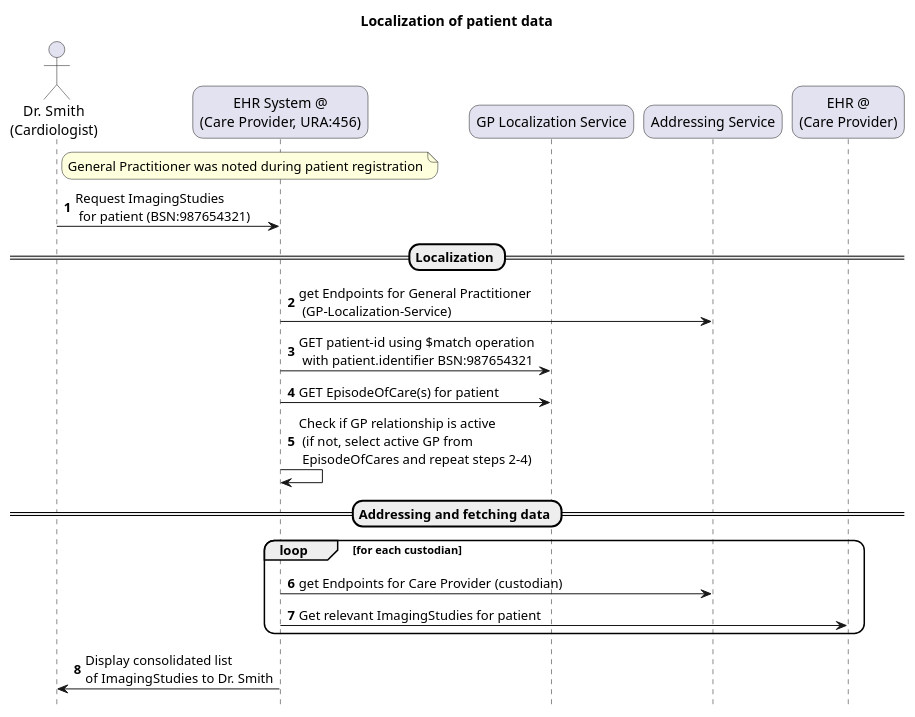
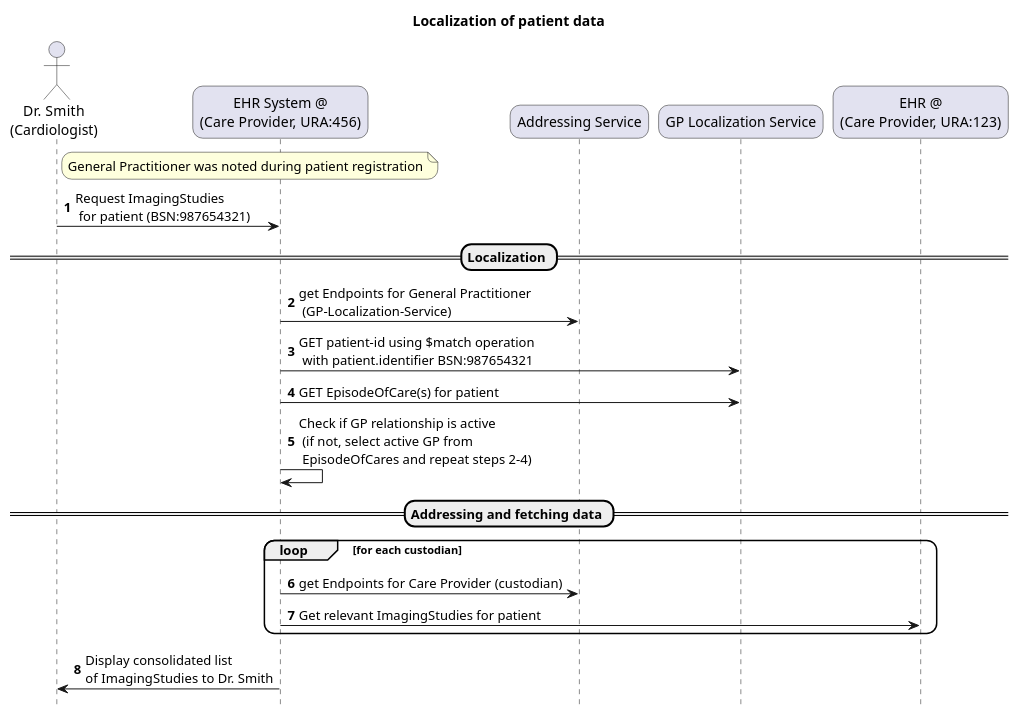
The diagram in input/images-source/localization-gp-cardiologist-search.plantuml (nuts-foundation/nl-generic-functions-ig), drawn with PlantUML before and after one commit. The commit also changed 2 other files, not shown here.

```diff
--- a/input/images-source/localization-gp-cardiologist-search.plantuml
+++ b/input/images-source/localization-gp-cardiologist-search.plantuml
@@ -1,46 +1,46 @@
 @startuml localization-gp-cardiologist-search
 
 title Localization of patient data
 
 skinparam roundcorner 20
 skinparam defaultFontName Arial 
 hide footbox
 
 !pragma teoz true
 
 actor "Dr. Smith\n(Cardiologist)" as doctor
 participant "EHR System @\n(Care Provider, URA:456)" as ehr
+participant "Addressing Service" as addressing
 participant "GP Localization Service" as nvi
-participant "Addressing Service" as addressing
-participant "EHR @\n(Care Provider)" as ehr_reg
+participant "EHR @\n(Care Provider, URA:123)" as ehr_reg
 
 
 
 autonumber
 note right of doctor
   General Practitioner was noted during patient registration
 end note
 
 doctor -> ehr: Request ImagingStudies\n for patient (BSN:987654321)
 
 == Localization ==
 
 ehr -> addressing: get Endpoints for General Practitioner\n (GP-Localization-Service)
 
 ehr -> nvi: GET patient-id using $match operation\n with patient.identifier BSN:987654321
 
 ehr -> nvi: GET EpisodeOfCare(s) for patient
 
 ehr -> ehr: Check if GP relationship is active\n (if not, select active GP from\n EpisodeOfCares and repeat steps 2-4)
 
 == Addressing and fetching data ==
 
 loop for each custodian
   ehr -> addressing: get Endpoints for Care Provider (custodian)
 
   ehr -> ehr_reg: Get relevant ImagingStudies for patient
 end
 
 ehr -> doctor: Display consolidated list \nof ImagingStudies to Dr. Smith
 
 @enduml
```
